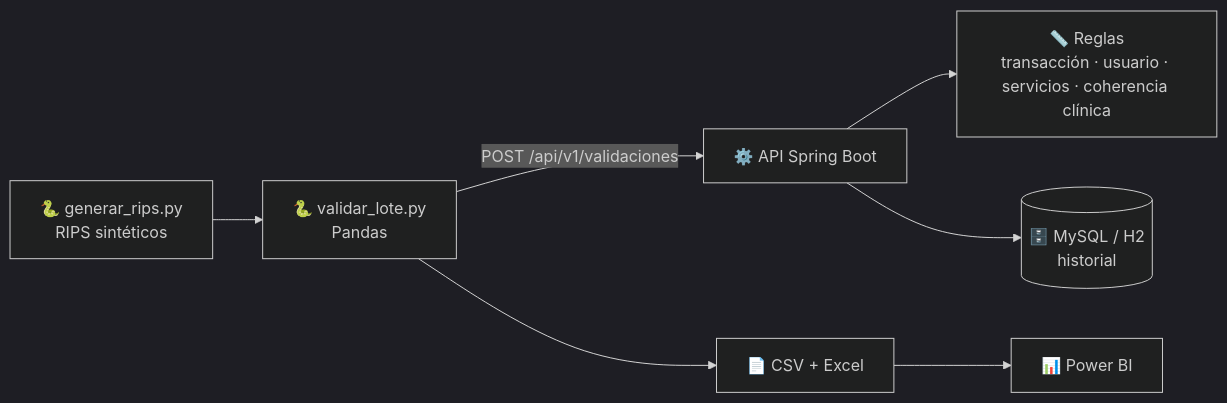
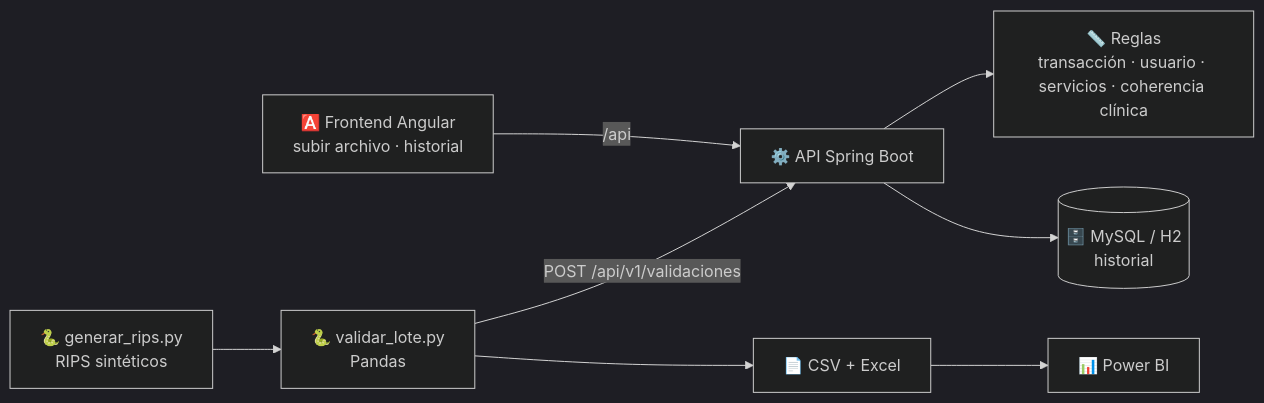
Before and after one commit to zseuz/rips-validator: the diagram in README.md, drawn with Mermaid (dark theme). The commit also changed other lines of this file and 43 other files, not shown here.

Commit message:
Frontend en Angular: subir RIPS, ver hallazgos filtrables e historial

````diff
--- a/README.md
+++ b/README.md
@@ -33,8 +45,9 @@
 ```mermaid
 flowchart LR
+    W["🅰️ Frontend Angular<br/>subir archivo · historial"] -- "/api" --> A
     G["🐍 generar_rips.py<br/>RIPS sintéticos"] --> L["🐍 validar_lote.py<br/>Pandas"]
     L -- "POST /api/v1/validaciones" --> A["⚙️ API Spring Boot"]
     A --> R["📏 Reglas<br/>transacción · usuario · servicios · coherencia clínica"]
     A --> D[("🗄️ MySQL / H2<br/>historial")]
     L --> X["📄 CSV + Excel"] --> P["📊 Power BI"]
 ```
````
